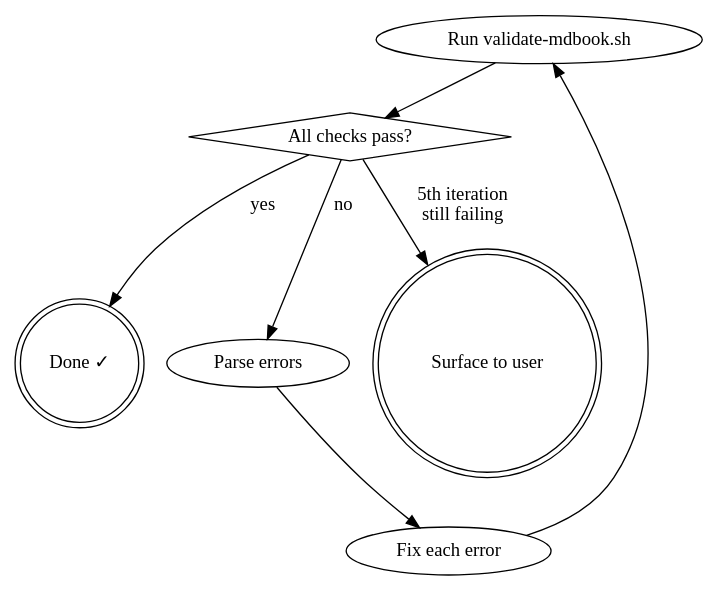
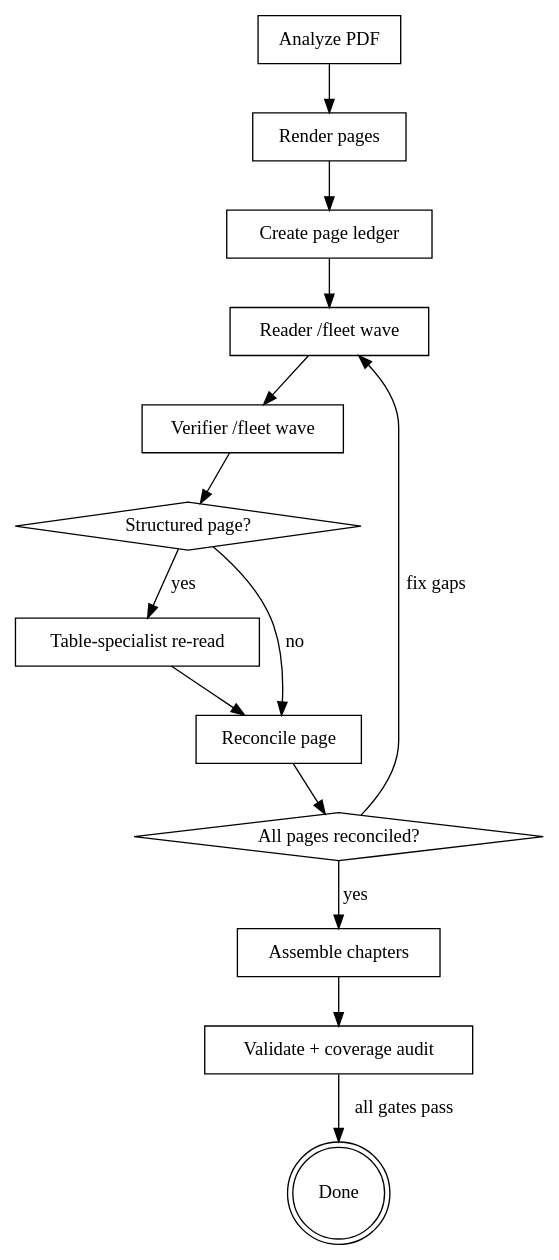
The diagram in skills/converting-pdf-to-mdbook/SKILL.md (StevenBuglione/superpowers), drawn with Graphviz before and after one commit. The commit also changed other lines of this file and 6 other files, not shown here.

First line of the commit message:
Harden pdf-to-mdbook skill for native vision fleet

````diff
--- a/skills/converting-pdf-to-mdbook/SKILL.md
+++ b/skills/converting-pdf-to-mdbook/SKILL.md
@@ -220,13 +77,24 @@
 ```dot
-digraph validate {
-    "Run validate-mdbook.sh" -> "All checks pass?" [label=""];
-    "All checks pass?" -> "Done ✓" [label="yes"];
-    "All checks pass?" -> "Parse errors" [label="no"];
-    "Parse errors" -> "Fix each error" -> "Run validate-mdbook.sh";
-    "All checks pass?" -> "Surface to user" [label="5th iteration\nstill failing"];
+digraph pipeline {
+    rankdir=TB;
+    node [shape=box];
 
-    "All checks pass?" [shape=diamond];
-    "Done ✓" [shape=doublecircle];
-    "Surface to user" [shape=doublecircle];
+    "Analyze PDF" -> "Render pages";
+    "Render pages" -> "Create page ledger";
+    "Create page ledger" -> "Reader /fleet wave";
+    "Reader /fleet wave" -> "Verifier /fleet wave";
+    "Verifier /fleet wave" -> "Structured page?";
+    "Structured page?" [shape=diamond];
+    "Structured page?" -> "Table-specialist re-read" [label="yes"];
+    "Structured page?" -> "Reconcile page" [label="no"];
+    "Table-specialist re-read" -> "Reconcile page";
+    "Reconcile page" -> "All pages reconciled?";
+    "All pages reconciled?" [shape=diamond];
+    "All pages reconciled?" -> "Assemble chapters" [label="yes"];
+    "All pages reconciled?" -> "Reader /fleet wave" [label="fix gaps"];
+    "Assemble chapters" -> "Validate + coverage audit";
+    "Validate + coverage audit" -> "Done" [label="all gates pass"];
+
+    "Done" [shape=doublecircle];
 }
 ```
````
